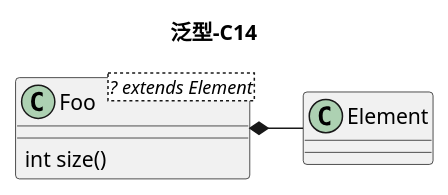
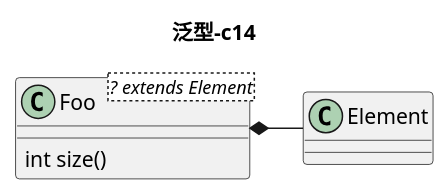
The fourth of 6 diagrams in examples/02_class_charts.puml (securitgithub/plantumlforvscode), drawn with PlantUML before and after one commit. The commit also changed other lines of this file and 43 other files, not shown here.

```diff
--- a/examples/02_class_charts.puml
+++ b/examples/02_class_charts.puml
@@ -64,8 +64,8 @@
 @startuml
-title 泛型-C14
+title 泛型-c14
 
 class Foo<? extends Element> {
   int size()
 }
 Foo *- Element
 @enduml
```
